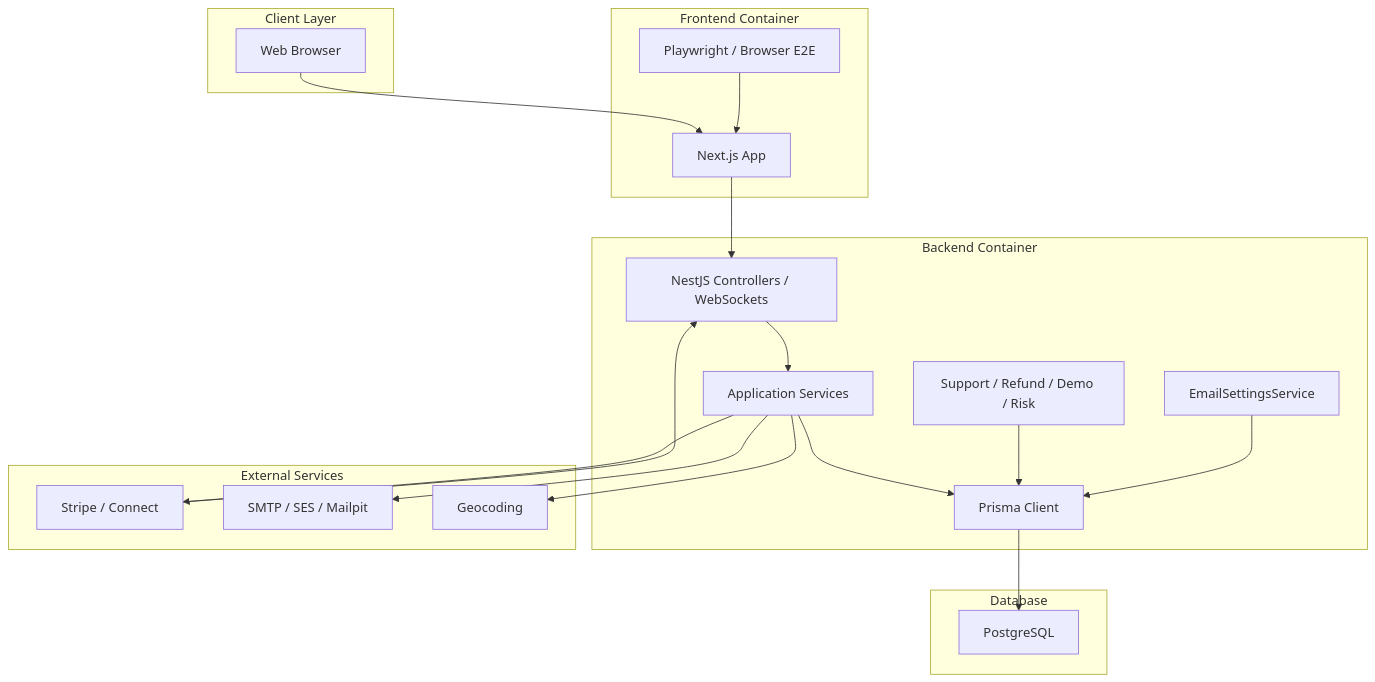
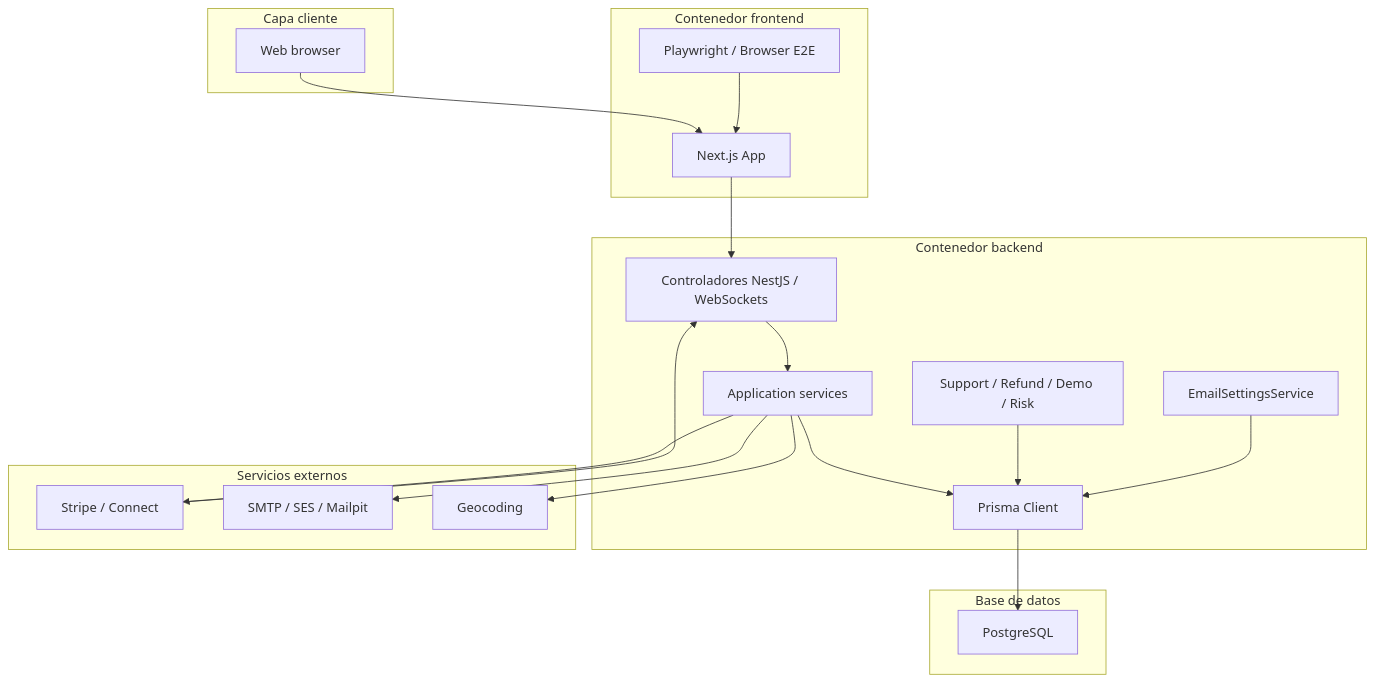
The diagram in docs/diagrams/container-diagram.md (p1sci5k3y/Mecerka), drawn with Mermaid before and after one commit. The commit also changed other lines of this file and 48 other files, not shown here.

Commit message:
docs: refresh repo architecture and flow specs

````diff
--- a/docs/diagrams/container-diagram.md
+++ b/docs/diagrams/container-diagram.md
@@ -3,42 +3,42 @@
 ```mermaid
 flowchart TB
-    subgraph "Client Layer"
-      browser["Web Browser"]
+    subgraph "Capa cliente"
+      browser["Web browser"]
     end
 
-    subgraph "Frontend Container"
+    subgraph "Contenedor frontend"
       next["Next.js App"]
       playwright["Playwright / Browser E2E"]
     end
 
-    subgraph "Backend Container"
-      api["NestJS Controllers / WebSockets"]
-      services["Application Services"]
+    subgraph "Contenedor backend"
+      api["Controladores NestJS / WebSockets"]
+      services["Application services"]
       prisma["Prisma Client"]
       support["Support / Refund / Demo / Risk"]
       emailcfg["EmailSettingsService"]
     end
 
-    subgraph "Database"
+    subgraph "Base de datos"
       postgres["PostgreSQL"]
     end
 
-    subgraph "External Services"
+    subgraph "Servicios externos"
       stripe["Stripe / Connect"]
       smtp["SMTP / SES / Mailpit"]
       geo["Geocoding"]
     end
 
     browser --> next
     playwright --> next
     next --> api
     api --> services
     services --> prisma
     support --> prisma
     emailcfg --> prisma
     prisma --> postgres
     services --> stripe
     stripe --> api
     services --> smtp
     services --> geo
 ```
````
